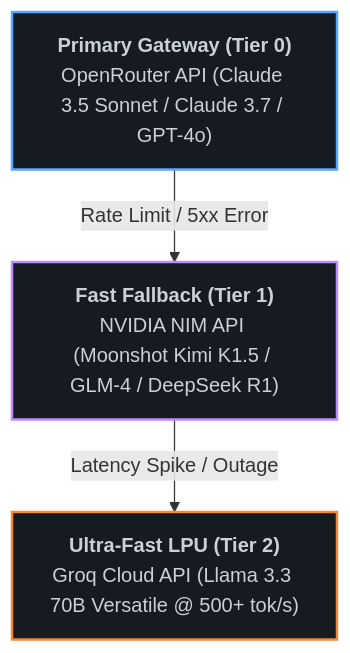
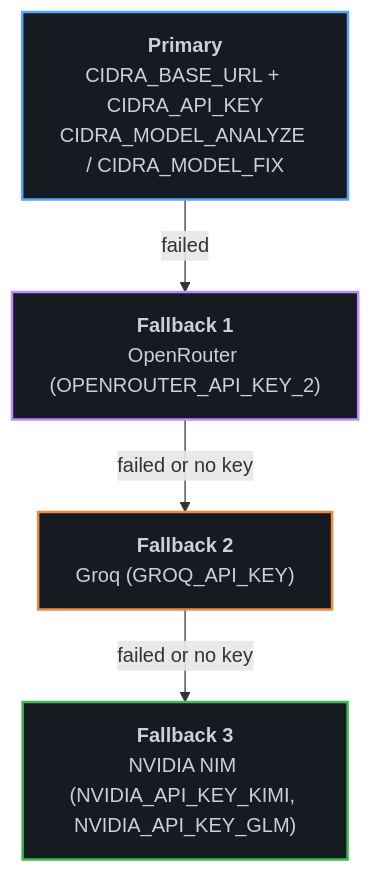
Before and after one commit to abhishekKokadwar/CIDRA: the third of 4 diagrams in README.md, drawn with Mermaid. The commit also changed other lines of this file, not shown here.

````diff
--- a/README.md
+++ b/README.md
@@ -279,13 +292,16 @@
 ```mermaid
 flowchart TD
-    P["<b>Primary Gateway (Tier 0)</b><br/>OpenRouter API (Claude 3.5 Sonnet / Claude 3.7 / GPT-4o)"]
-    F1["<b>Fast Fallback (Tier 1)</b><br/>NVIDIA NIM API (Moonshot Kimi K1.5 / GLM-4 / DeepSeek R1)"]
-    F2["<b>Ultra-Fast LPU (Tier 2)</b><br/>Groq Cloud API (Llama 3.3 70B Versatile @ 500+ tok/s)"]
-    
-    P -- "Rate Limit / 5xx Error" --> F1
-    F1 -- "Latency Spike / Outage" --> F2
-    
+    P["<b>Primary</b><br/>CIDRA_BASE_URL + CIDRA_API_KEY<br/>CIDRA_MODEL_ANALYZE / CIDRA_MODEL_FIX"]
+    F1["<b>Fallback 1</b><br/>OpenRouter (OPENROUTER_API_KEY_2)"]
+    F2["<b>Fallback 2</b><br/>Groq (GROQ_API_KEY)"]
+    F3["<b>Fallback 3</b><br/>NVIDIA NIM (NVIDIA_API_KEY_KIMI, NVIDIA_API_KEY_GLM)"]
+
+    P -- "failed" --> F1
+    F1 -- "failed or no key" --> F2
+    F2 -- "failed or no key" --> F3
+
     style P fill:#161b22,stroke:#58a6ff,stroke-width:2px,color:#c9d1d9
     style F1 fill:#161b22,stroke:#bc8cff,stroke-width:2px,color:#c9d1d9
     style F2 fill:#161b22,stroke:#f0883e,stroke-width:2px,color:#c9d1d9
+    style F3 fill:#161b22,stroke:#3fb950,stroke-width:2px,color:#c9d1d9
 ```
````
